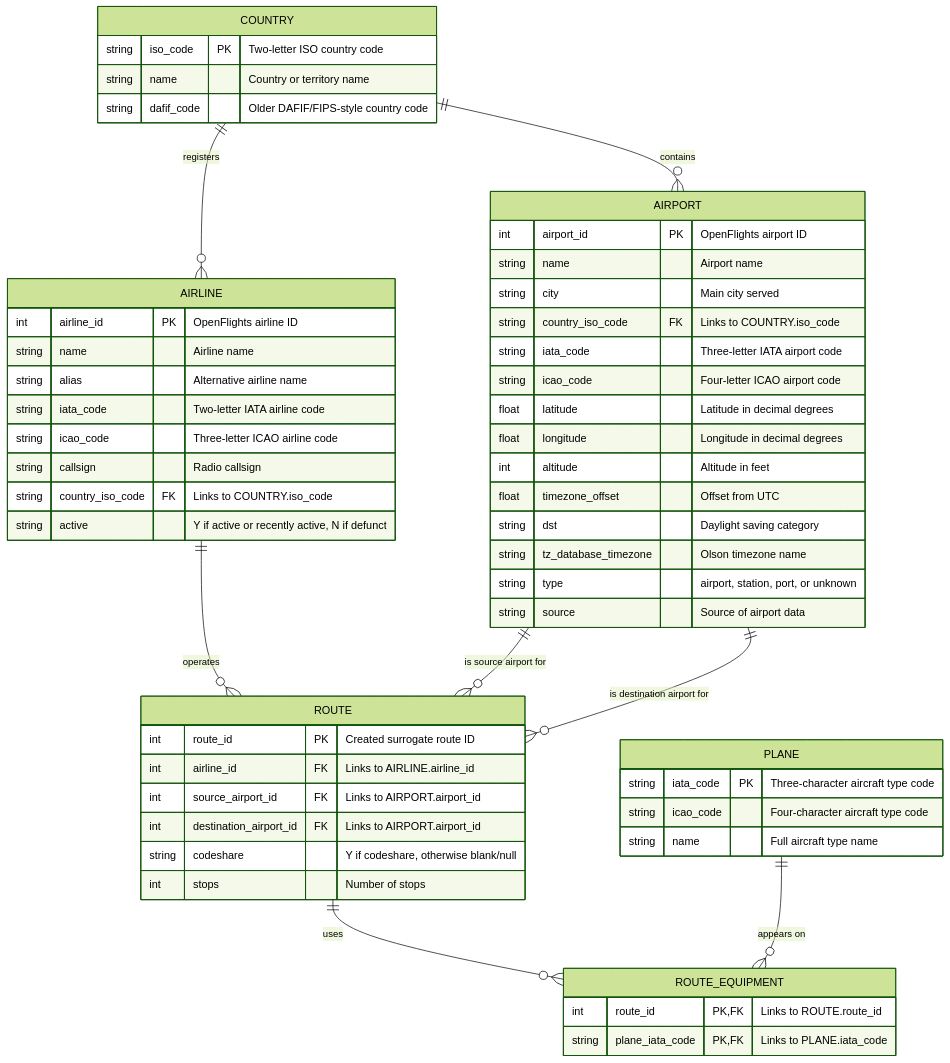
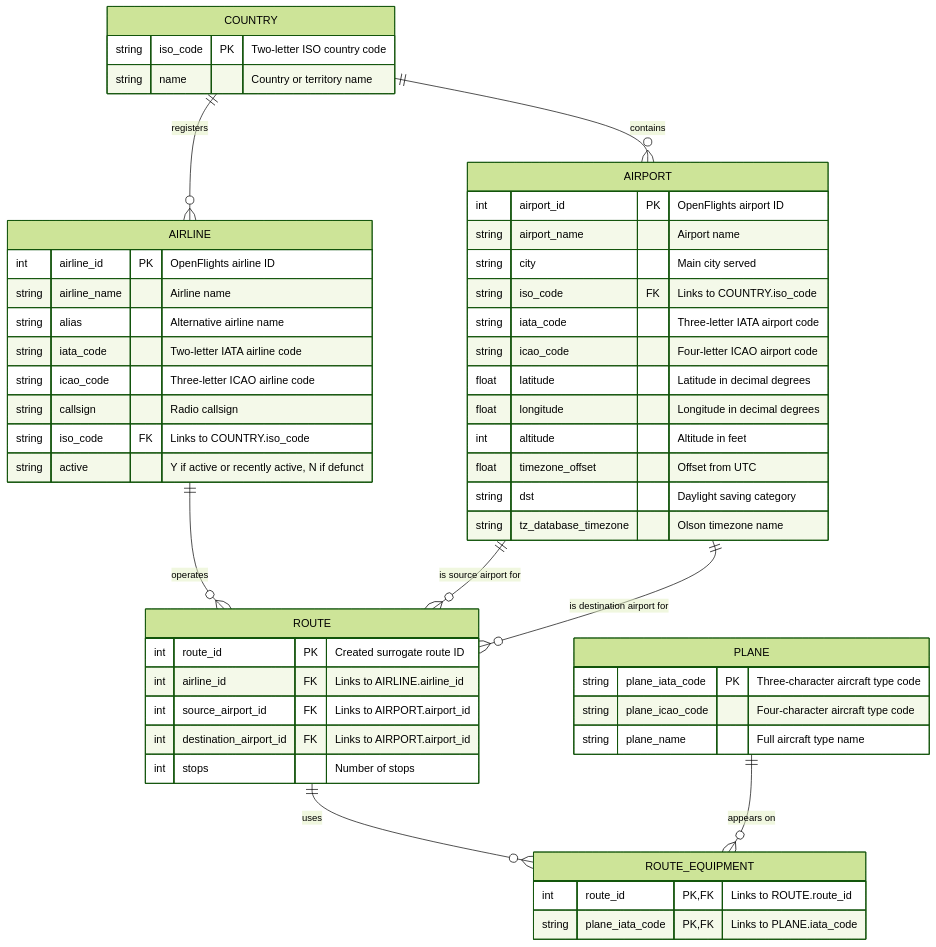
The diagram in Openflights-project/Openflights-ERD.md (Jordan-Marajh/Openflights-project), drawn with Mermaid (forest theme) before and after one commit. The commit also changed 1 other file, not shown here.

Commit message:
Update ERD and add to README

````diff
--- a/Openflights-project/Openflights-ERD.md
+++ b/Openflights-project/Openflights-ERD.md
@@ -1,68 +1,64 @@
 ```mermaid
 erDiagram
 
     COUNTRY ||--o{ AIRPORT : contains
     COUNTRY ||--o{ AIRLINE : registers
 
     AIRLINE ||--o{ ROUTE : operates
 
     AIRPORT ||--o{ ROUTE : "is source airport for"
     AIRPORT ||--o{ ROUTE : "is destination airport for"
 
     ROUTE ||--o{ ROUTE_EQUIPMENT : uses
     PLANE ||--o{ ROUTE_EQUIPMENT : "appears on"
 
     COUNTRY {
         string iso_code PK "Two-letter ISO country code"
         string name "Country or territory name"
-        string dafif_code "Older DAFIF/FIPS-style country code"
     }
 
     AIRPORT {
         int airport_id PK "OpenFlights airport ID"
-        string name "Airport name"
+        string airport_name "Airport name"
         string city "Main city served"
-        string country_iso_code FK "Links to COUNTRY.iso_code"
+        string iso_code FK "Links to COUNTRY.iso_code"
         string iata_code "Three-letter IATA airport code"
         string icao_code "Four-letter ICAO airport code"
         float latitude "Latitude in decimal degrees"
         float longitude "Longitude in decimal degrees"
         int altitude "Altitude in feet"
         float timezone_offset "Offset from UTC"
         string dst "Daylight saving category"
         string tz_database_timezone "Olson timezone name"
-        string type "airport, station, port, or unknown"
-        string source "Source of airport data"
     }
 
     AIRLINE {
         int airline_id PK "OpenFlights airline ID"
-        string name "Airline name"
+        string airline_name "Airline name"
         string alias "Alternative airline name"
         string iata_code "Two-letter IATA airline code"
         string icao_code "Three-letter ICAO airline code"
         string callsign "Radio callsign"
-        string country_iso_code FK "Links to COUNTRY.iso_code"
+        string iso_code FK "Links to COUNTRY.iso_code"
         string active "Y if active or recently active, N if defunct"
     }
 
     PLANE {
-        string iata_code PK "Three-character aircraft type code"
-        string icao_code "Four-character aircraft type code"
-        string name "Full aircraft type name"
+        string plane_iata_code PK "Three-character aircraft type code"
+        string plane_icao_code "Four-character aircraft type code"
+        string plane_name "Full aircraft type name"
     }
 
     ROUTE {
         int route_id PK "Created surrogate route ID"
         int airline_id FK "Links to AIRLINE.airline_id"
         int source_airport_id FK "Links to AIRPORT.airport_id"
         int destination_airport_id FK "Links to AIRPORT.airport_id"
-        string codeshare "Y if codeshare, otherwise blank/null"
         int stops "Number of stops"
     }
 
     ROUTE_EQUIPMENT {
         int route_id PK, FK "Links to ROUTE.route_id"
         string plane_iata_code PK, FK "Links to PLANE.iata_code"
     }
 ```
````
